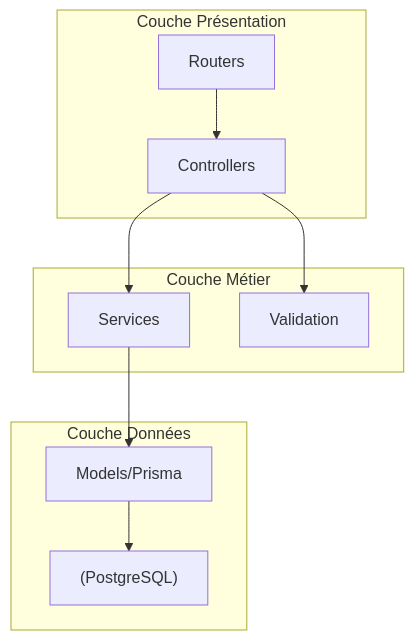
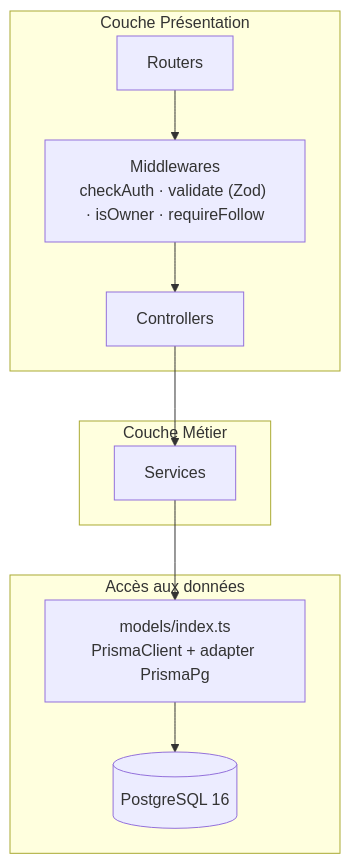
The second of 3 diagrams in docs/documentation-implementation/arc42/04-solution-strategy/index.md (Sojeremy/documentation-skillswap), drawn with Mermaid before and after one commit. The commit also changed other lines of this file and 15 other files, not shown here.

````diff
--- a/docs/documentation-implementation/arc42/04-solution-strategy/index.md
+++ b/docs/documentation-implementation/arc42/04-solution-strategy/index.md
@@ -88,23 +88,23 @@
 ```mermaid
 graph TB
     subgraph "Couche Présentation"
         R["Routers"]
+        V["Middlewares<br/>checkAuth · validate (Zod) · isOwner · requireFollow"]
         C["Controllers"]
     end
 
     subgraph "Couche Métier"
         S["Services"]
-        V["Validation"]
     end
 
-    subgraph "Couche Données"
-        M["Models/Prisma"]
-        DB["(PostgreSQL)"]
+    subgraph "Accès aux données"
+        M["models/index.ts<br/>PrismaClient + adapter PrismaPg"]
+        DB[("PostgreSQL 16")]
     end
 
-    R --> C
+    R --> V
+    V --> C
     C --> S
-    C --> V
     S --> M
     M --> DB
 ```
````
